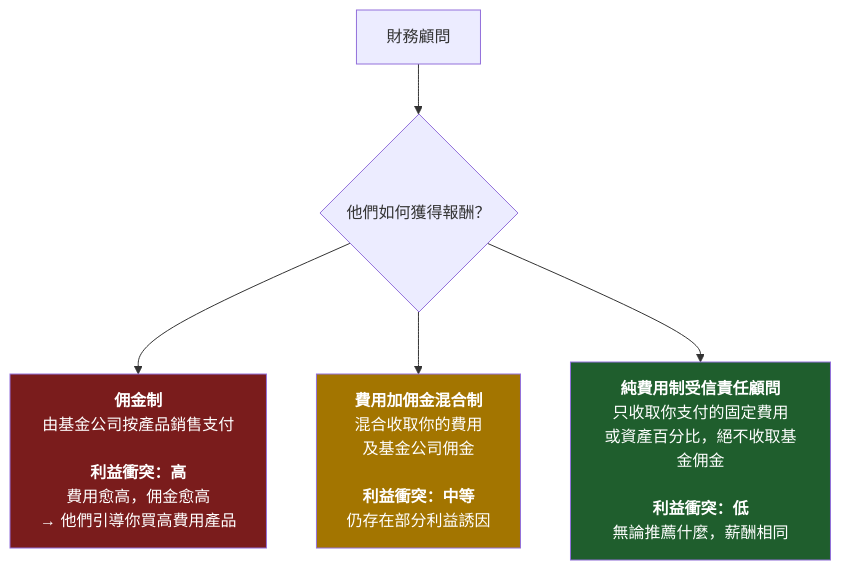
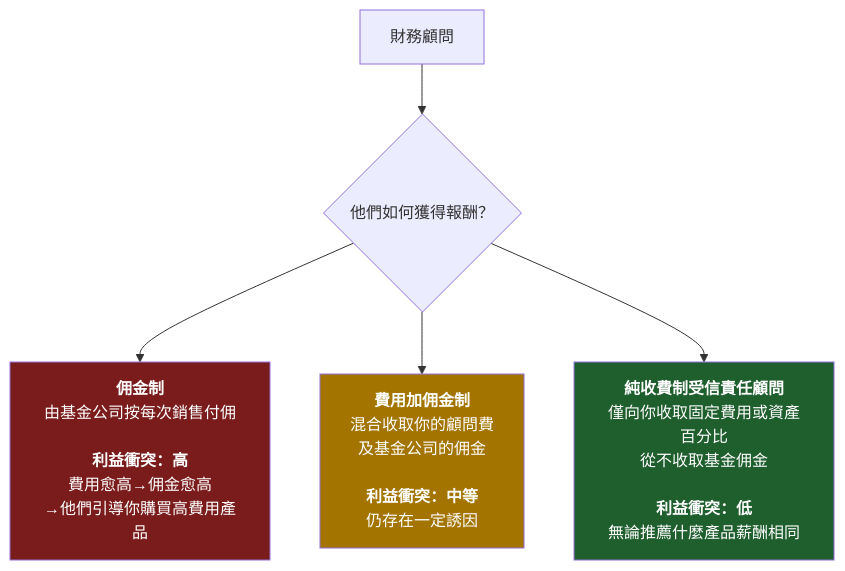
One commit to chanmainvest/tutorial changed the second of 4 diagrams in course_hk/week02_index_funds_etfs.md. Above: the diagram before and after it, drawn with Mermaid. The commit also changed other lines of this file and 451 other files, not shown here.

````diff
--- a/course_hk/week02_index_funds_etfs.md
+++ b/course_hk/week02_index_funds_etfs.md
@@ -180,10 +180,10 @@
 ```mermaid
 flowchart TD
     A[財務顧問] --> B{他們如何獲得報酬？}
-    B --> C["<b>佣金制</b><br/>由基金公司按產品銷售支付<br/><br/><b>利益衝突：高</b><br/>費用愈高，佣金愈高<br/>→ 他們引導你買高費用產品"]
-    B --> D["<b>費用加佣金混合制</b><br/>混合收取你的費用<br/>及基金公司佣金<br/><br/><b>利益衝突：中等</b><br/>仍存在部分利益誘因"]
-    B --> E["<b>純費用制受信責任顧問</b><br/>只收取你支付的固定費用<br/>或資產百分比，絕不收取基金佣金<br/><br/><b>利益衝突：低</b><br/>無論推薦什麼，薪酬相同"]
+    B --> C["<b>佣金制</b><br/>由基金公司按每次銷售付佣<br/><br/><b>利益衝突：高</b><br/>費用愈高→佣金愈高<br/>→他們引導你購買高費用產品"]
+    B --> D["<b>費用加佣金制</b><br/>混合收取你的顧問費<br/>及基金公司的佣金<br/><br/><b>利益衝突：中等</b><br/>仍存在一定誘因"]
+    B --> E["<b>純收費制受信責任顧問</b><br/>僅向你收取固定費用或資產百分比<br/>從不收取基金佣金<br/><br/><b>利益衝突：低</b><br/>無論推薦什麼產品薪酬相同"]
     style C fill:#7a1c1c,color:#fff
     style D fill:#a37500,color:#fff
     style E fill:#1f5e2d,color:#fff
 ```
````
